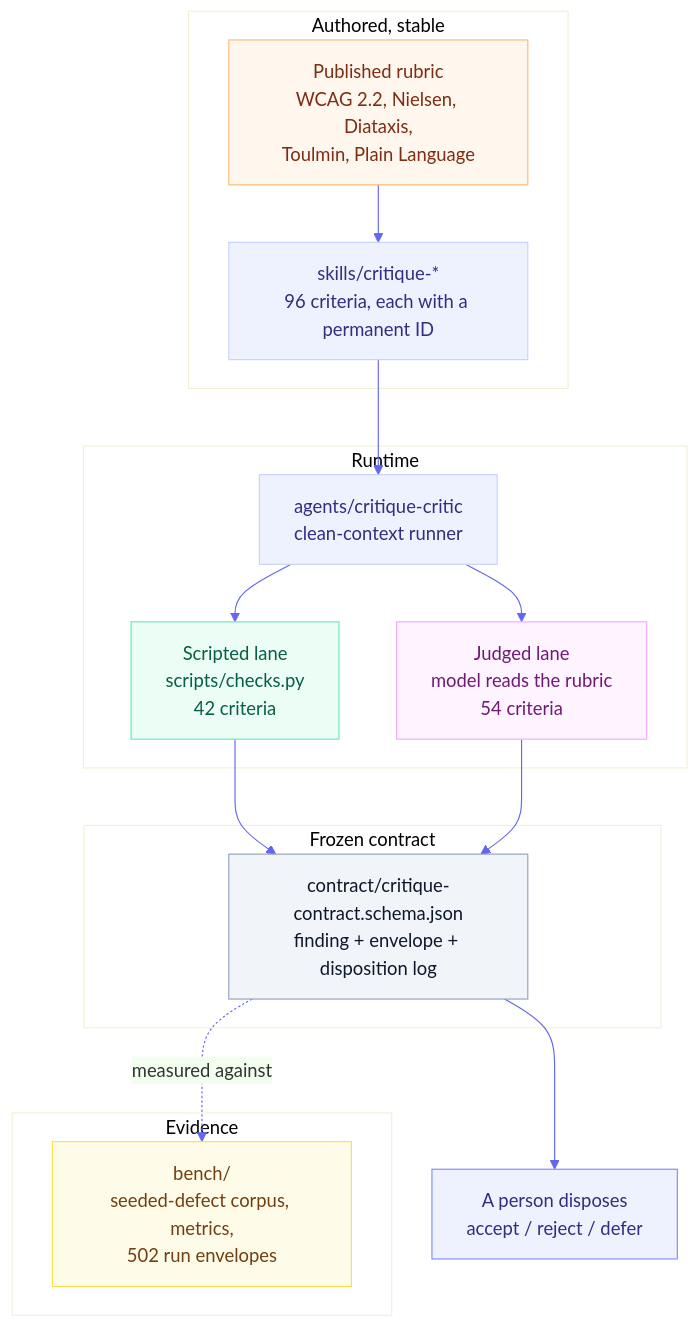
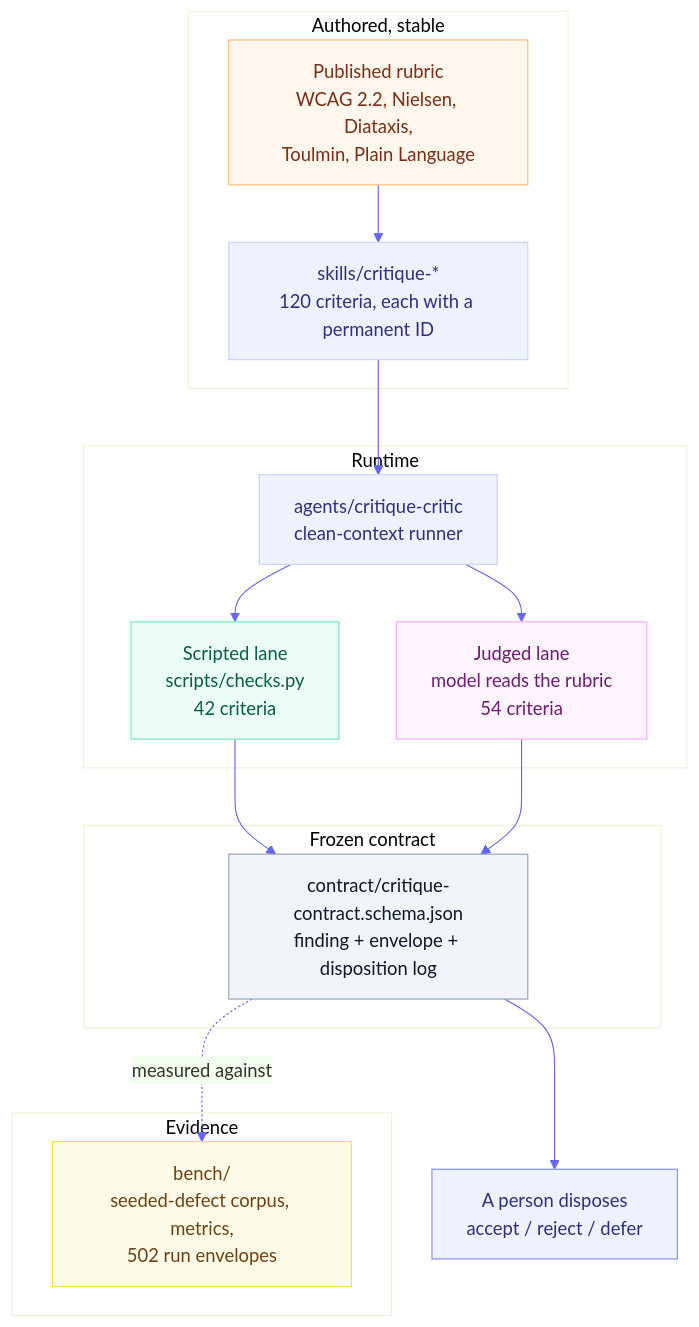
The diagram in docs/explanation/architecture.md (product-on-purpose/critique-skills), drawn with Mermaid before and after one commit. The commit also changed other lines of this file and 24 other files, not shown here.

````diff
--- a/docs/explanation/architecture.md
+++ b/docs/explanation/architecture.md
@@ -24,36 +24,36 @@
 ```mermaid
 %%{init: {'theme':'base','themeVariables':{'primaryColor':'#eef2ff','primaryBorderColor':'#c7d2fe','lineColor':'#6366f1','fontFamily':'system-ui, sans-serif'}}}%%
 flowchart TD
   subgraph authored["Authored, stable"]
     rubric["Published rubric<br/>WCAG 2.2, Nielsen, Diataxis,<br/>Toulmin, Plain Language"]:::src
-    skill["skills/critique-*<br/>96 criteria, each with a permanent ID"]:::comp
+    skill["skills/critique-*<br/>120 criteria, each with a permanent ID"]:::comp
   end
   subgraph runtime["Runtime"]
     critic["agents/critique-critic<br/>clean-context runner"]:::comp
     scripted["Scripted lane<br/>scripts/checks.py<br/>42 criteria"]:::det
     judged["Judged lane<br/>model reads the rubric<br/>54 criteria"]:::mod
   end
   subgraph frozen["Frozen contract"]
     schema["contract/critique-contract.schema.json<br/>finding + envelope + disposition log"]:::contract
   end
   subgraph evidence["Evidence"]
     bench["bench/<br/>seeded-defect corpus, metrics,<br/>502 run envelopes"]:::ev
   end
 
   rubric --> skill
   skill --> critic
   critic --> scripted
   critic --> judged
   scripted --> schema
   judged --> schema
   schema --> human["A person disposes<br/>accept / reject / defer"]:::out
   schema -.measured against.-> bench
 
   classDef src fill:#fff7ed,stroke:#fdba74,color:#7c2d12
   classDef comp fill:#eef2ff,stroke:#c7d2fe,color:#312e81
   classDef det fill:#ecfdf5,stroke:#6ee7b7,color:#065f46
   classDef mod fill:#fdf4ff,stroke:#f0abfc,color:#701a75
   classDef contract fill:#f1f5f9,stroke:#94a3b8,color:#0f172a
   classDef ev fill:#fefce8,stroke:#fde047,color:#713f12
   classDef out fill:#eef2ff,stroke:#818cf8,color:#312e81
 ```
````
